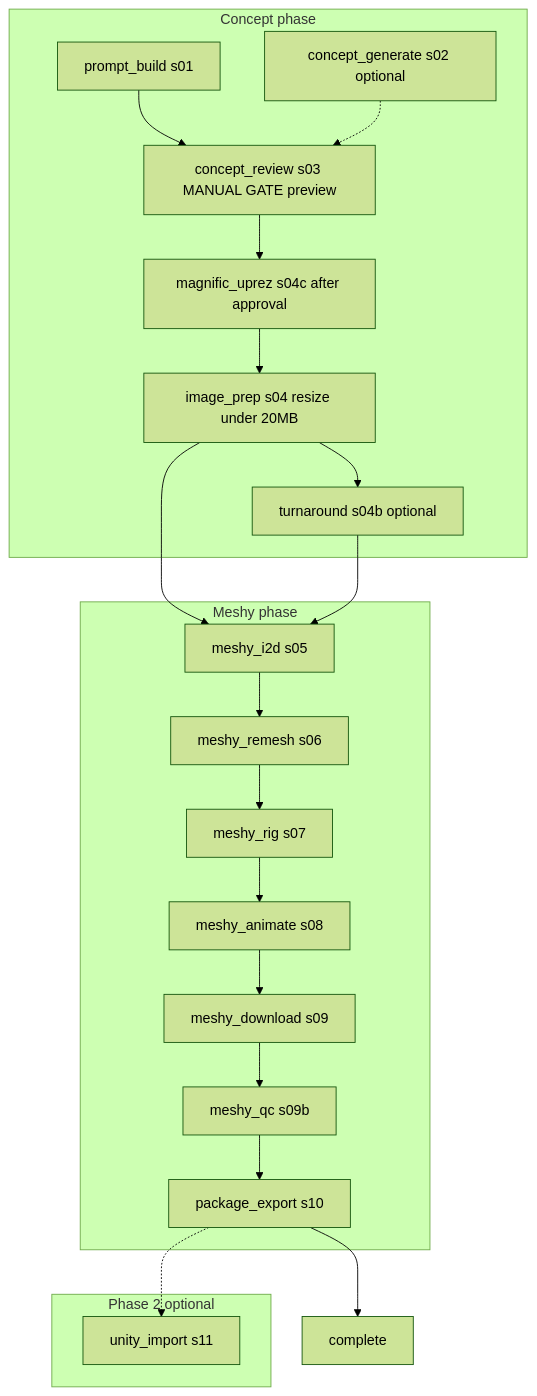
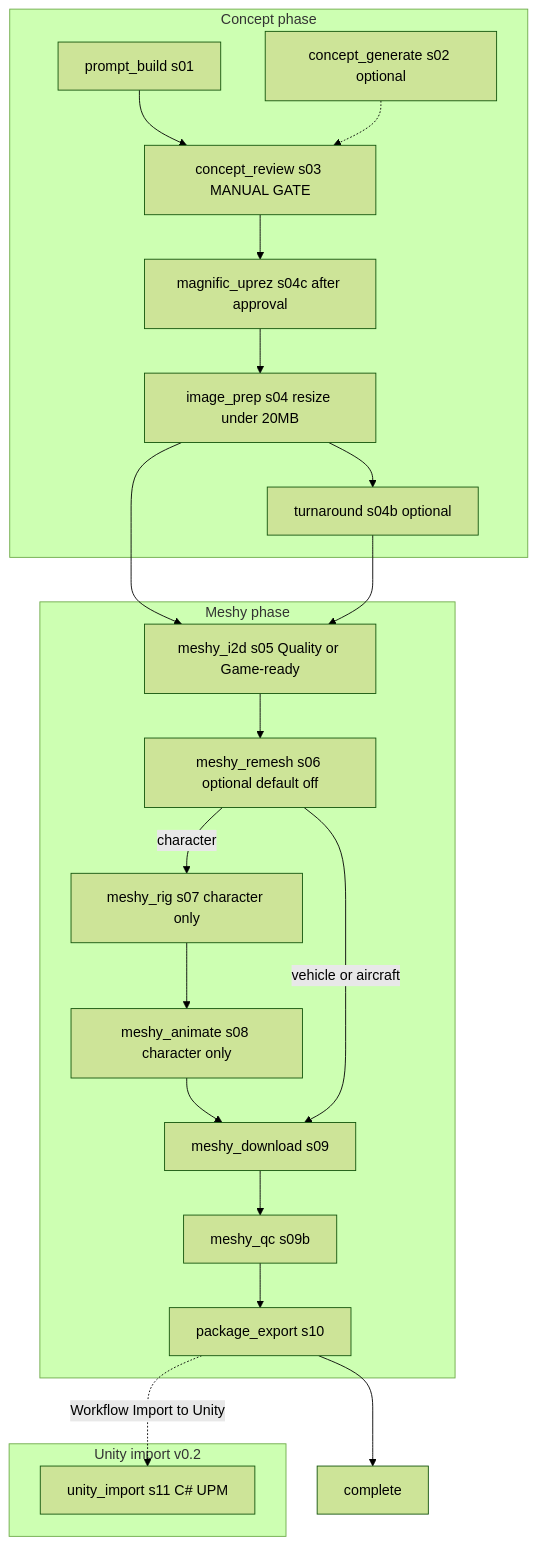
One commit to EazyTom/asset-assembly-automator changed the third of 7 diagrams in README.md. Above: the diagram before and after it, drawn with Mermaid (forest theme). The commit also changed other lines of this file and 2 other files, not shown here.

````diff
--- a/README.md
+++ b/README.md
@@ -160,32 +164,35 @@
 ```mermaid
 flowchart TD
     subgraph concept [Concept phase]
         PB[prompt_build s01]
         CG[concept_generate s02 optional]
-        CR[concept_review s03 MANUAL GATE preview]
+        CR[concept_review s03 MANUAL GATE]
         UP[magnific_uprez s04c after approval]
         IP[image_prep s04 resize under 20MB]
         TA[turnaround s04b optional]
     end
     subgraph meshy [Meshy phase]
-        I2D[meshy_i2d s05]
-        RM[meshy_remesh s06]
-        RG[meshy_rig s07]
-        AN[meshy_animate s08]
+        I2D[meshy_i2d s05 Quality or Game-ready]
+        RM[meshy_remesh s06 optional default off]
+        RG[meshy_rig s07 character only]
+        AN[meshy_animate s08 character only]
         DL[meshy_download s09]
         QC[meshy_qc s09b]
         ZIP[package_export s10]
     end
-    subgraph phase2 [Phase 2 optional]
-        UI[unity_import s11]
+    subgraph unity [Unity import v0.2]
+        UI[unity_import s11 C# UPM]
     end
     PB --> CR
     CG -.-> CR
     CR --> UP --> IP
     IP --> TA
     IP --> I2D
     TA --> I2D
-    I2D --> RM --> RG --> AN --> DL --> QC --> ZIP
+    I2D --> RM
+    RM -->|character| RG --> AN --> DL
+    RM -->|vehicle or aircraft| DL
+    DL --> QC --> ZIP
     ZIP --> COMPLETE[complete]
-    ZIP -.-> UI
+    ZIP -.->|Workflow Import to Unity| UI
 ```
````
